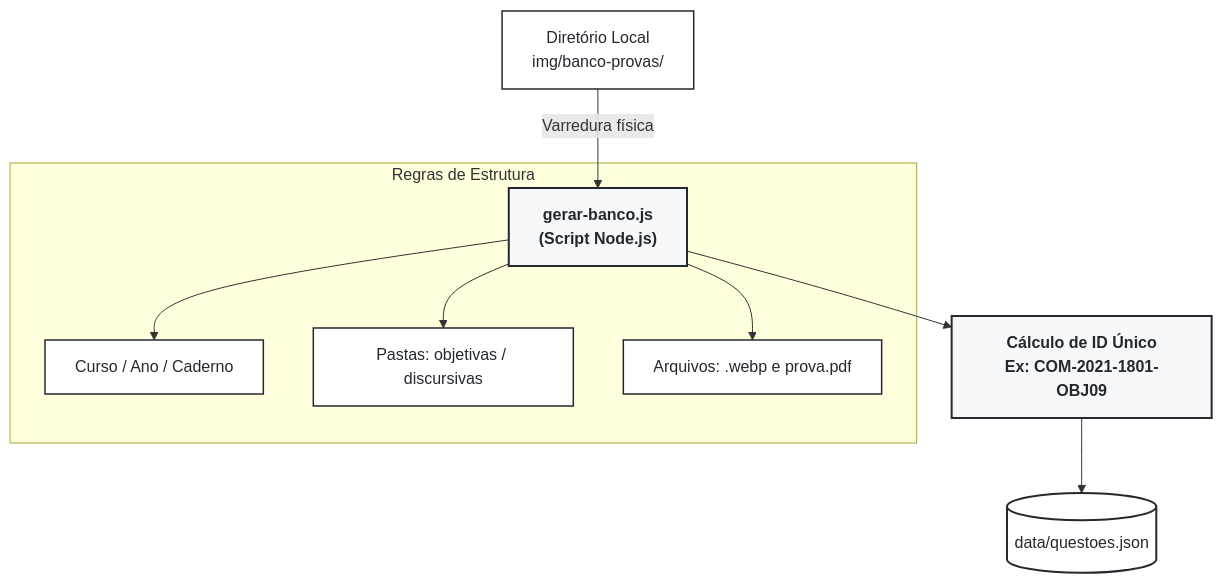
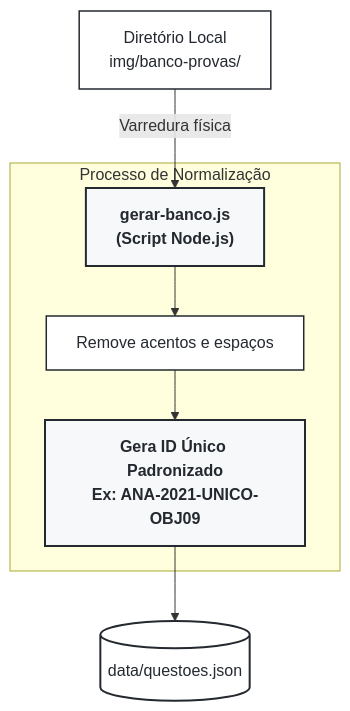
The fourth of 4 diagrams in README.md (techsiprepare/techsiprepare.github.io), drawn with Mermaid before and after one commit. The commit also changed other lines of this file, not shown here.

Commit message:
chore: atualizar a seção de gestão de dados com detalhes sobre cruzamento de IDs e fontes de dados

````diff
--- a/README.md
+++ b/README.md
@@ -124,21 +209,20 @@
 ```mermaid
 graph TD
     classDef pasta fill:#fff,stroke:#24292f,stroke-width:1.5px,color:#24292f;
     classDef script fill:#f6f8fa,stroke:#24292f,stroke-width:2px,color:#24292f,font-weight:bold;
     classDef output fill:#ffffff,stroke:#24292f,stroke-width:2px,color:#24292f,shape:cylinder;
 
     Dir["Diretório Local<br>img/banco-provas/"] -->|Varredura física| Script["gerar-banco.js<br>(Script Node.js)"]
     
-    subgraph Regras ["Regras de Estrutura"]
-        Script --> R1["Curso / Ano / Caderno"]
-        Script --> R2["Pastas: objetivas / discursivas"]
-        Script --> R3["Arquivos: .webp e prova.pdf"]
+    subgraph Processo de Normalização
+        Script --> N1["Remove acentos e espaços"]
+        N1 --> ID["Gera ID Único Padronizado<br>Ex: ANA-2021-UNICO-OBJ09"]
     end
 
-    Script --> ID["Cálculo de ID Único<br>Ex: COM-2021-1801-OBJ09"]
     ID --> Out[("data/questoes.json")]
 
-    class Dir,R1,R2,R3 pasta;
+    class Dir,N1 pasta;
     class Script,ID script;
     class Out output;
+
 ```
````
